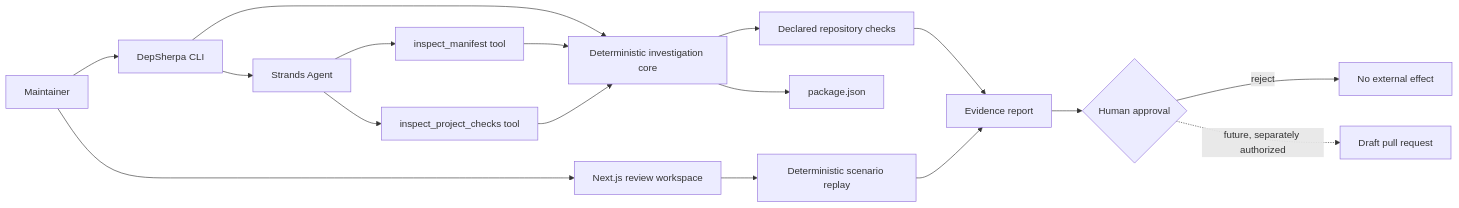
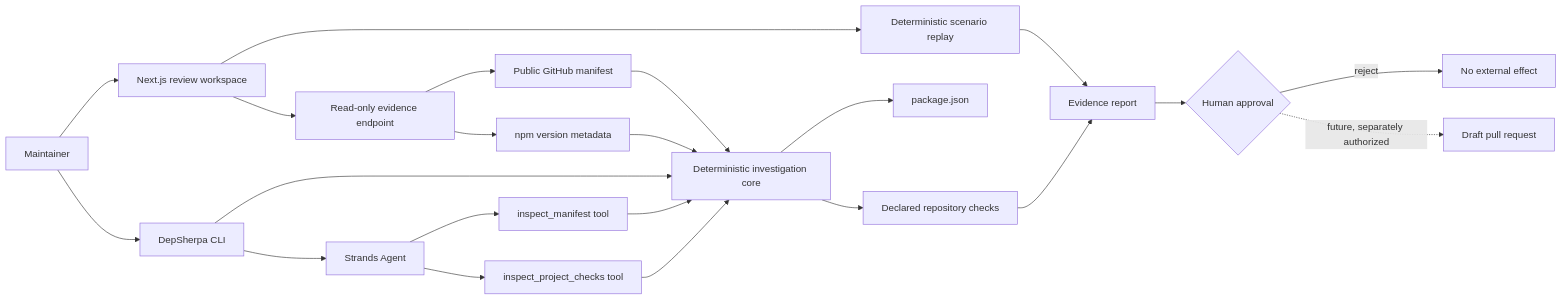
One commit to cfngc4594/dep-sherpa changed the diagram in docs/ARCHITECTURE.md. Above: the diagram before and after it, drawn with Mermaid. The commit also changed other lines of this file and 12 other files, not shown here.

Commit message:
feat: inspect public GitHub dependencies

````diff
--- a/docs/ARCHITECTURE.md
+++ b/docs/ARCHITECTURE.md
@@ -5,19 +5,24 @@
 ```mermaid
 flowchart LR
     U[Maintainer] --> UI[Next.js review workspace]
     U --> CLI[DepSherpa CLI]
     UI --> DEMO[Deterministic scenario replay]
+    UI --> API[Read-only evidence endpoint]
+    API --> GH[Public GitHub manifest]
+    API --> NPM[npm version metadata]
+    GH --> CORE
+    NPM --> CORE
     CLI --> CORE[Deterministic investigation core]
     CLI --> AGENT[Strands Agent]
     AGENT --> T1[inspect_manifest tool]
     AGENT --> T2[inspect_project_checks tool]
     T1 --> CORE
     T2 --> CORE
     CORE --> MANIFEST[package.json]
     CORE --> CHECKS[Declared repository checks]
     CHECKS --> REPORT[Evidence report]
     DEMO --> REPORT
     REPORT --> GATE{Human approval}
     GATE -->|reject| STOP[No external effect]
     GATE -.->|future, separately authorized| PR[Draft pull request]
 ```
````
